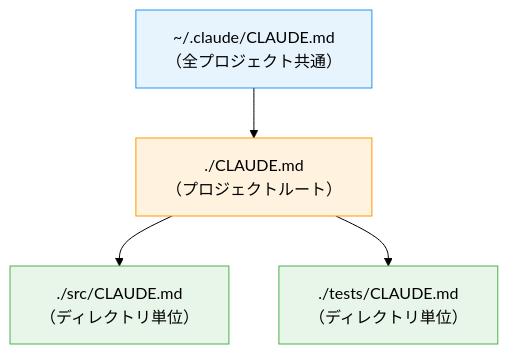
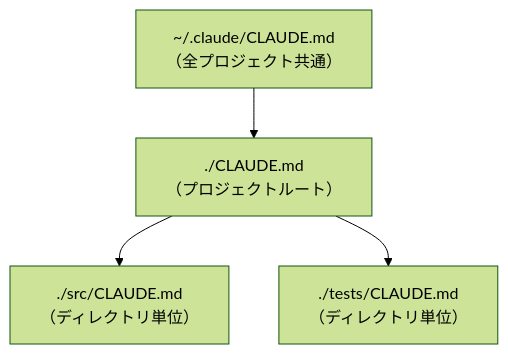
Before and after one commit to 0h-n0/zenn-contents: the first of 2 diagrams in articles/c06ff696c6d2b5.md, drawn with Mermaid (forest theme). The commit also changed other lines of this file and 13 other files, not shown here.

First line of the commit message:
fix: Mermaidダイアグラムのカスタムスタイル(fill/stroke/color)を削除

````diff
--- a/articles/c06ff696c6d2b5.md
+++ b/articles/c06ff696c6d2b5.md
@@ -104,10 +104,6 @@
 ```mermaid
 graph TD
     A["~/.claude/CLAUDE.md<br/>（全プロジェクト共通）"] --> B["./CLAUDE.md<br/>（プロジェクトルート）"]
     B --> C["./src/CLAUDE.md<br/>（ディレクトリ単位）"]
     B --> D["./tests/CLAUDE.md<br/>（ディレクトリ単位）"]
-    style A fill:#e8f4fd,stroke:#2196f3
-    style B fill:#fff3e0,stroke:#ff9800
-    style C fill:#e8f5e9,stroke:#4caf50
-    style D fill:#e8f5e9,stroke:#4caf50
 ```
````
